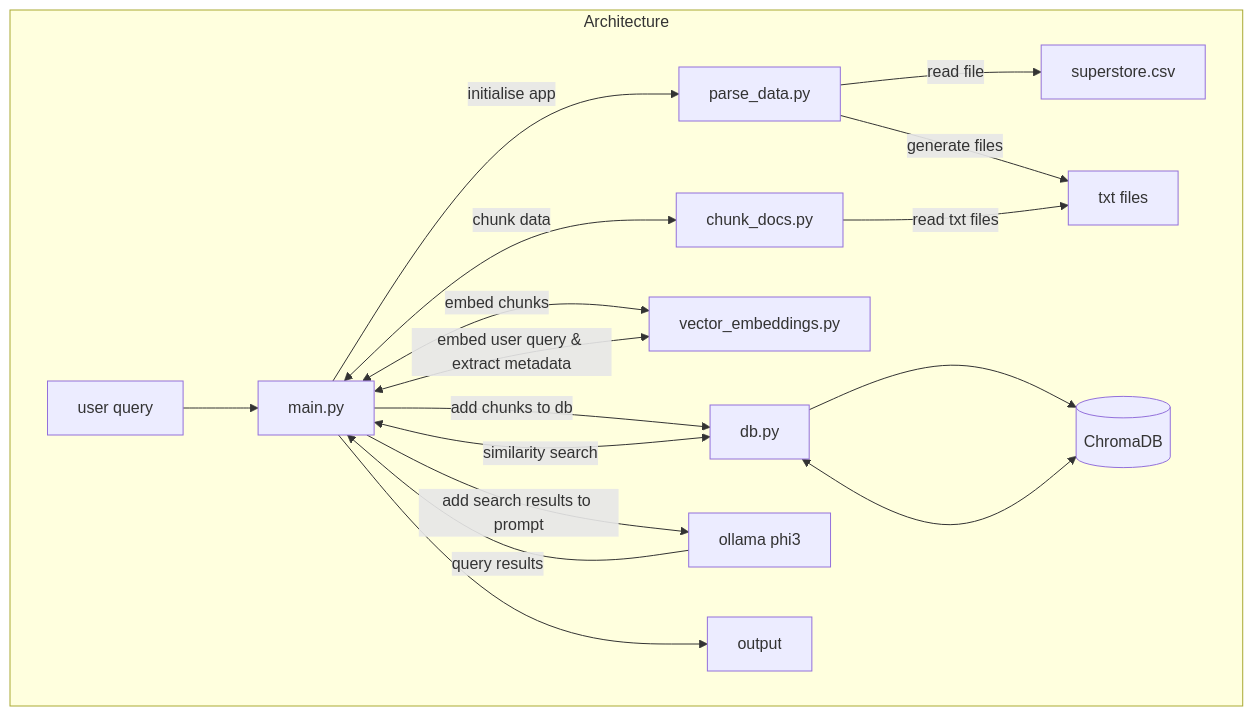
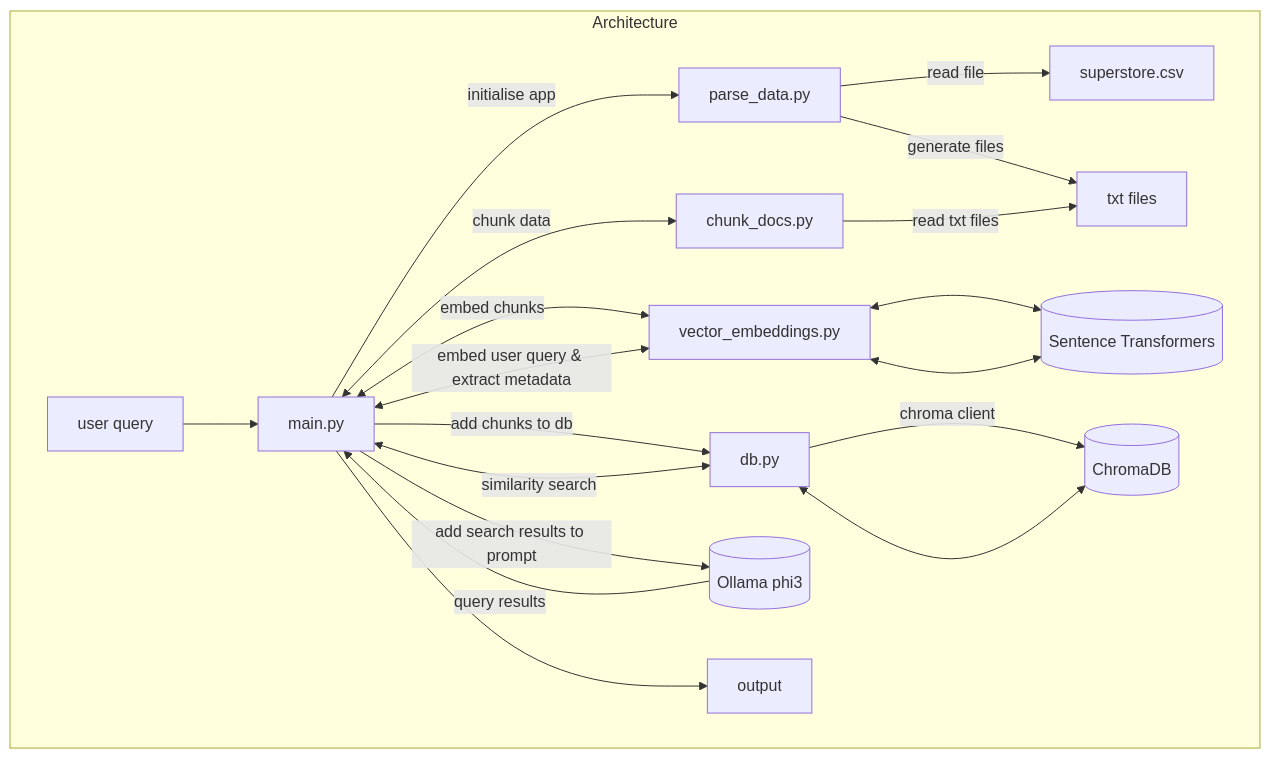
One commit to simkatti/RAG-Based-Sales-Data-Analysis changed the diagram in README.md. Above: the diagram before and after it, drawn with Mermaid.

````diff
--- a/README.md
+++ b/README.md
@@ -12,25 +12,29 @@
 ```mermaid
 graph TD
     %% initialise 
     subgraph Architecture
         A[main.py] --> |initialise app| B[parse_data.py]
         B -->|read file| SC[superstore.csv]
         B -->|generate files| TF[txt files]
         A <--> |chunk data| CD[chunk_docs.py]
         CD --> |read txt files| TF
         A <--> |embed chunks| VE[vector_embeddings.py]
+        VE <--> ST
         A --> |add chunks to db| DB[db.py]
-        DB --> CDB
+        DB --> |chroma client| CDB
         C[user query] --> A
         A <--> |embed user query & extract metadata| VE
+        VE <--> ST
         A <--> |similarity search| DB
         DB <--> CDB
-        A --> |add search results to prompt| OL[ollama phi3]
+        A --> |add search results to prompt| OL
         OL --> |query results| A
         A --> output
 
     end
     %% External Connections
     CDB[(ChromaDB)]
+    ST[(Sentence Transformers)]
+    OL[(Ollama phi3)]
 
 ```
````
